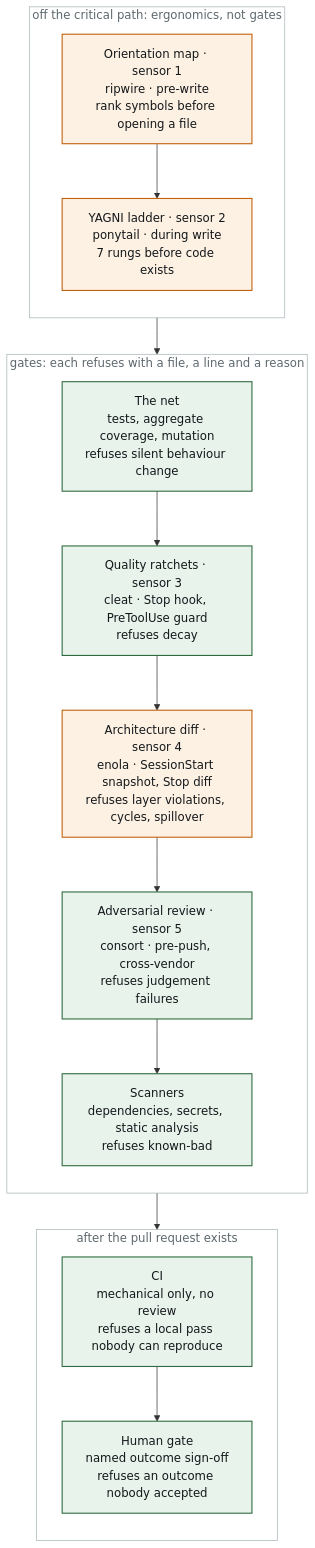
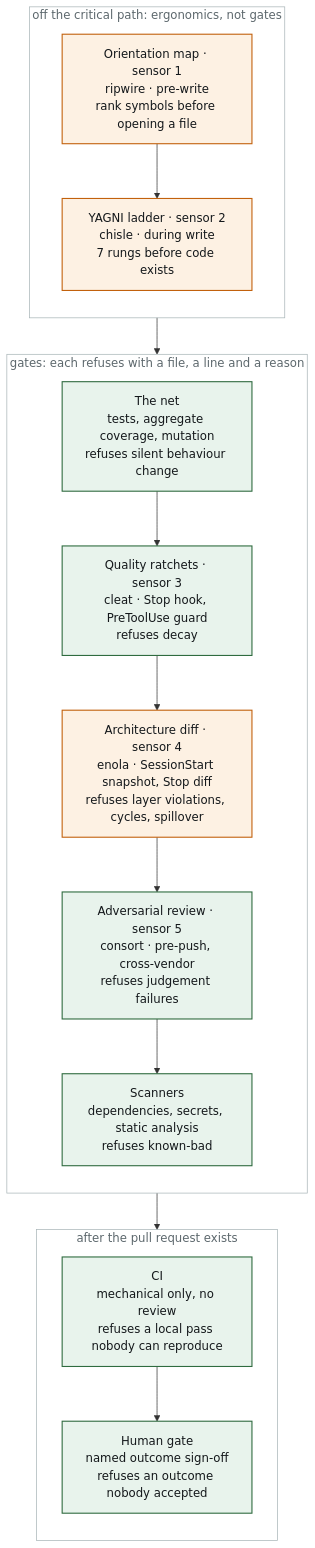
The diagram in README.md (siimvene/software-factory), drawn with Mermaid before and after one commit. The commit also changed other lines of this file and 6 other files, not shown here.

Commit message:
0.2.5: sensor 2 is chisle (replaced ponytail, same ladder), field record 5a, audit and pin caveats, STATUS 2026-09-10

````diff
--- a/README.md
+++ b/README.md
@@ -33,29 +33,29 @@
 ```mermaid
 flowchart TB
     subgraph ERGO["off the critical path: ergonomics, not gates"]
         direction TB
         L1["Orientation map · sensor 1<br/>ripwire · pre-write<br/>rank symbols before opening a file"]
-        L2["YAGNI ladder · sensor 2<br/>ponytail · during write<br/>7 rungs before code exists"]
+        L2["YAGNI ladder · sensor 2<br/>chisle · during write<br/>7 rungs before code exists"]
     end
     subgraph GATES["gates: each refuses with a file, a line and a reason"]
         direction TB
         L3["The net<br/>tests, aggregate coverage, mutation<br/>refuses silent behaviour change"]
         L4["Quality ratchets · sensor 3<br/>cleat · Stop hook, PreToolUse guard<br/>refuses decay"]
         L5["Architecture diff · sensor 4<br/>enola · SessionStart snapshot, Stop diff<br/>refuses layer violations, cycles, spillover"]
         L6["Adversarial review · sensor 5<br/>consort · pre-push, cross-vendor<br/>refuses judgement failures"]
         L7["Scanners<br/>dependencies, secrets, static analysis<br/>refuses known-bad"]
     end
     subgraph AFTER["after the pull request exists"]
         direction TB
         L8["CI<br/>mechanical only, no review<br/>refuses a local pass nobody can reproduce"]
         L9["Human gate<br/>named outcome sign-off<br/>refuses an outcome nobody accepted"]
     end
     L1 --> L2 --> L3 --> L4 --> L5 --> L6 --> L7 --> L8 --> L9
 
     classDef measured fill:#e8f3ec,stroke:#2f6b3f,stroke-width:1.5px,color:#14181b;
     classDef designed fill:#fdf1e3,stroke:#c2610c,stroke-width:1.5px,color:#14181b;
     classDef frame fill:#00000000,stroke:#aab6b8,stroke-width:1px,color:#5d686d;
     class L3,L4,L6,L7,L8,L9 measured;
     class L1,L2,L5 designed;
     class ERGO,GATES,AFTER frame;
 ```
````
